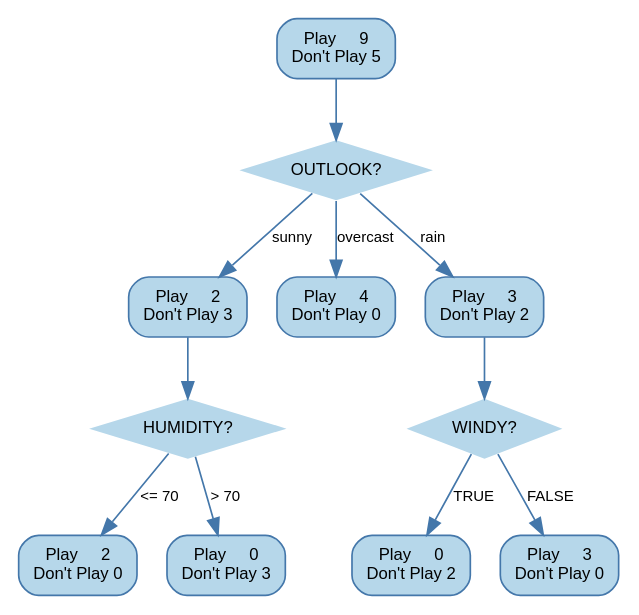
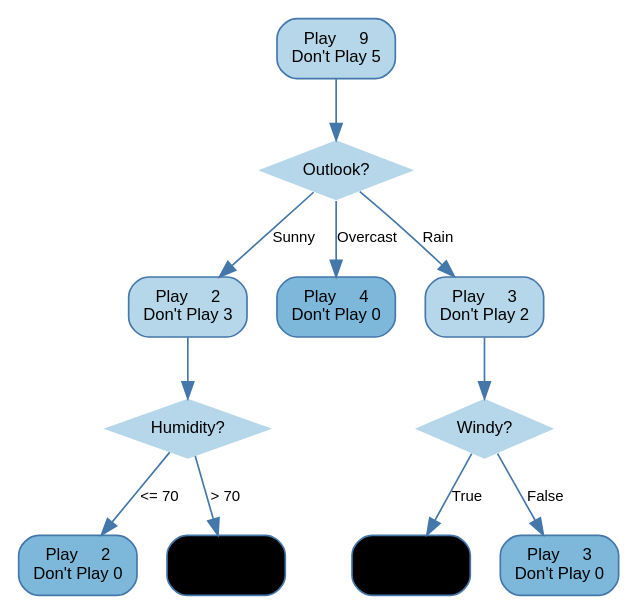
Before and after one commit to LeeCampbell/UnicornEng-Diagrams: the diagram in network-graphs/decision-tree.dot, drawn with Graphviz.

Commit message:
Formatting changes on decision-tree

```diff
--- a/network-graphs/decision-tree.dot
+++ b/network-graphs/decision-tree.dot
@@ -1,60 +1,60 @@
 digraph GolfDecisionTree {
     // Graph settings
     rankdir=TB;
     node [fontname="Arial", fontsize=10];
     edge [fontname="Arial", fontsize=9, color="#4477aa"];
     bgcolor=white;
     
     // Root node
     root [shape=box, style="filled,rounded", fillcolor="#b6d7ea", color="#4477aa",
           label="Play     9\nDon't Play 5"];
     outlook_node [shape=diamond, style=filled, fillcolor="#b6d7ea", color="none",
-          label="OUTLOOK?"];
+          label="Outlook?"];
     
     // Level 1 decision nodes
     sunny_node [shape=box, style="filled,rounded", fillcolor="#b6d7ea", color="#4477aa",
                 label="Play     2\nDon't Play 3"];
-    overcast_node [shape=box, style="filled,rounded", fillcolor="#b6d7ea", color="#4477aa",
+    overcast_node [shape=box, style="filled,rounded", fillcolor="#7db8da", color="#4477aa",
                    label="Play     4\nDon't Play 0"];
     rain_node [shape=box, style="filled,rounded", fillcolor="#b6d7ea", color="#4477aa",
                label="Play     3\nDon't Play 2"];
     
     // Level 2 decision nodes
     humidity_node [shape=diamond, style=filled, fillcolor="#b6d7ea", color="none",
-                   label="HUMIDITY?"];
+                   label="Humidity?"];
     windy_node [shape=diamond, style=filled, fillcolor="#b6d7ea", color="none",
-                label="WINDY?"];
+                label="Windy?"];
     
     // Leaf nodes
-    leaf1 [shape=box, style="filled,rounded", fillcolor="#b6d7ea", color="#4477aa",
+    leaf1 [shape=box, style="filled,rounded", fillcolor="#7db8da", color="#4477aa",
            label="Play     2\nDon't Play 0"];
-    leaf2 [shape=box, style="filled,rounded", fillcolor="#b6d7ea", color="#4477aa",
+    leaf2 [shape=box, style="filled,rounded", fillcolor="#888", color="#4477aa",
            label="Play     0\nDon't Play 3"];
-    leaf3 [shape=box, style="filled,rounded", fillcolor="#b6d7ea", color="#4477aa",
+    leaf3 [shape=box, style="filled,rounded", fillcolor="#888", color="#4477aa",
            label="Play     0\nDon't Play 2"];
-    leaf4 [shape=box, style="filled,rounded", fillcolor="#b6d7ea", color="#4477aa",
+    leaf4 [shape=box, style="filled,rounded", fillcolor="#7db8da", color="#4477aa",
            label="Play     3\nDon't Play 0"];
     
     // Connections from root
     root -> outlook_node
-    outlook_node -> sunny_node [label="sunny"];
-    outlook_node -> overcast_node [label="overcast"];
-    outlook_node -> rain_node [label="rain"];
+    outlook_node -> sunny_node [label="Sunny"];
+    outlook_node -> overcast_node [label="Overcast"];
+    outlook_node -> rain_node [label="Rain"];
     
     // Connections from sunny node
     sunny_node -> humidity_node;
     
     // Connections from humidity node
     humidity_node -> leaf1 [label="<= 70"];
     humidity_node -> leaf2 [label="> 70"];
     
     // Overcast is a leaf (direct decision)
     // No further connections needed for overcast_node
     
     // Connections from rain node
     rain_node -> windy_node;
     
     // Connections from windy node
-    windy_node -> leaf3 [label="TRUE"];
-    windy_node -> leaf4 [label="FALSE"];
+    windy_node -> leaf3 [label="True"];
+    windy_node -> leaf4 [label="False"];
 }
```
